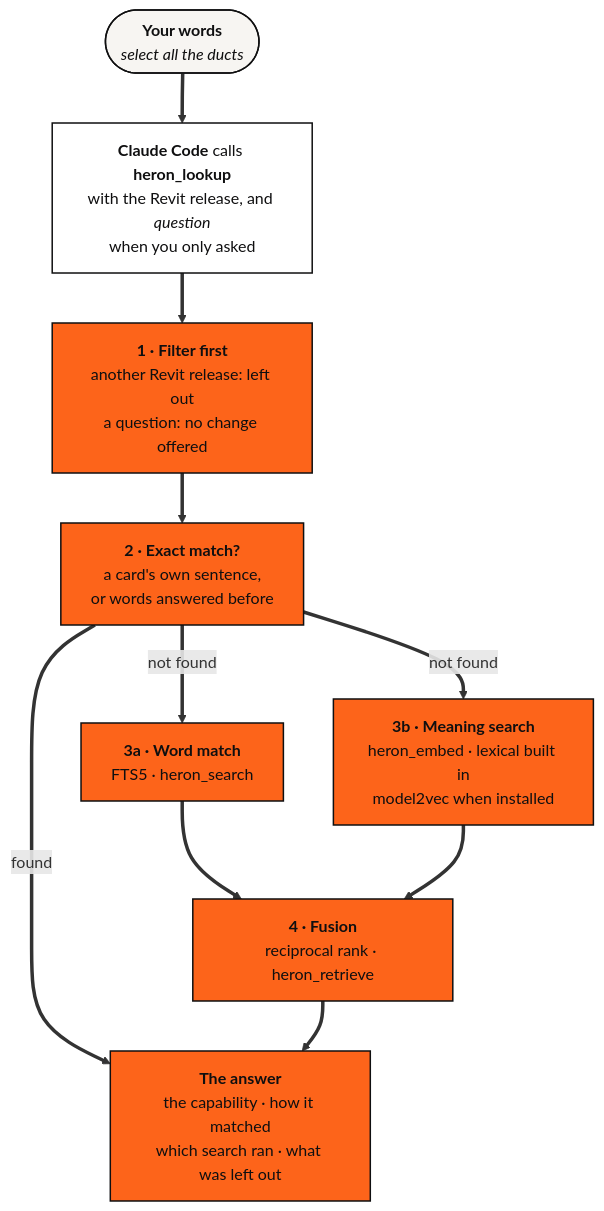
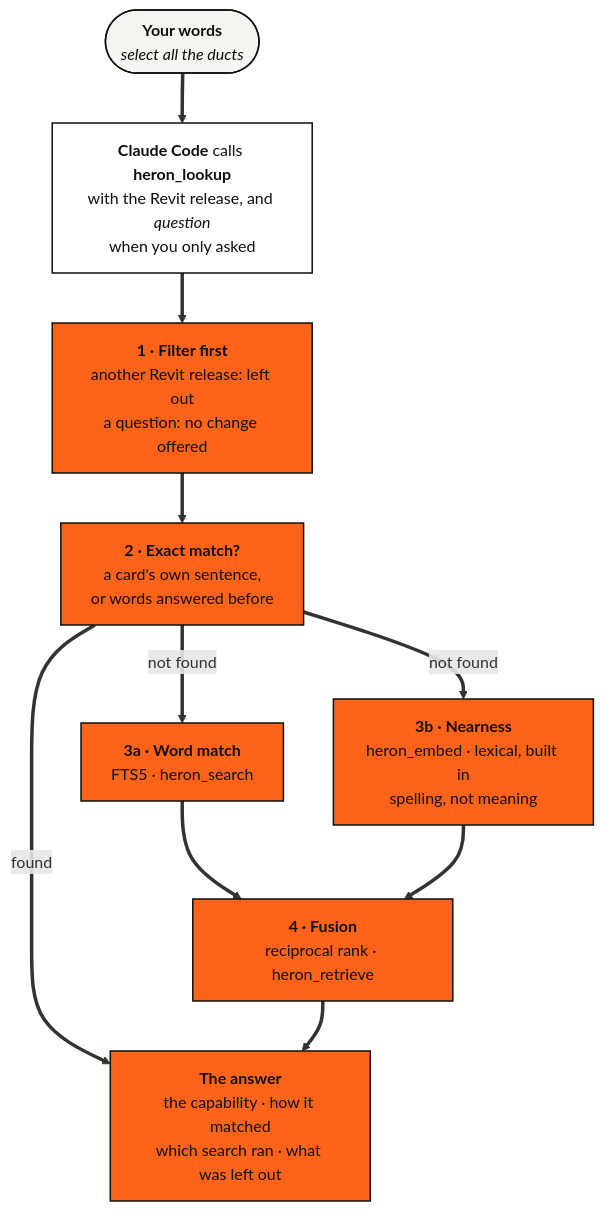
Before and after one commit to Ajmalpshaik/Heron-AI: the second of 2 diagrams in docs/05-heron-brain.md, drawn with Mermaid. The commit also changed other lines of this file and 40 other files, not shown here.

First line of the commit message:
Remove model2vec: one built-in search for every modeller (D-203)

````diff
--- a/docs/05-heron-brain.md
+++ b/docs/05-heron-brain.md
@@ -145,26 +145,26 @@
 ```mermaid
 flowchart TD
     W(["<b>Your words</b><br/><i>select all the ducts</i>"])
     CC["<b>Claude Code</b> calls <b>heron_lookup</b><br/>with the Revit release, and <i>question</i><br/>when you only asked"]
     F["<b>1 · Filter first</b><br/>another Revit release: left out<br/>a question: no change offered"]
     X["<b>2 · Exact match?</b><br/>a card's own sentence,<br/>or words answered before"]
     KW["<b>3a · Word match</b><br/>FTS5 · heron_search"]
-    MN["<b>3b · Meaning search</b><br/>heron_embed · lexical built in<br/>model2vec when installed"]
+    MN["<b>3b · Nearness</b><br/>heron_embed · lexical, built in<br/>spelling, not meaning"]
     FU["<b>4 · Fusion</b><br/>reciprocal rank · heron_retrieve"]
     AN["<b>The answer</b><br/>the capability · how it matched<br/>which search ran · what was left out"]
 
     W ==> CC ==> F ==> X
     X ==>|found| AN
     X ==>|not found| KW & MN
     KW ==> FU
     MN ==> FU
     FU ==> AN
 
     classDef user fill:#F7F5F2,stroke:#0F0F10,stroke-width:1.5px,color:#0F0F10
     classDef host fill:#FFFFFF,stroke:#0F0F10,stroke-width:1.5px,color:#0F0F10
     classDef brain fill:#FD641A,stroke:#0F0F10,stroke-width:1.5px,color:#0F0F10
     classDef search fill:#F7F5F2,stroke:#0F0F10,stroke-width:1.5px,color:#0F0F10,stroke-dasharray:4 3
     class W user
     class CC host
     class F,X,KW,MN,FU,AN brain
 ```
````
